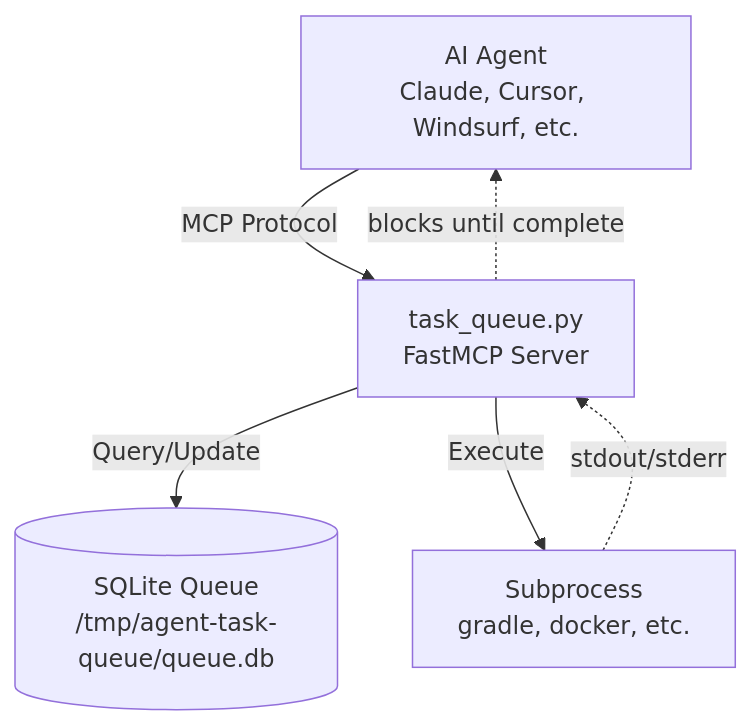
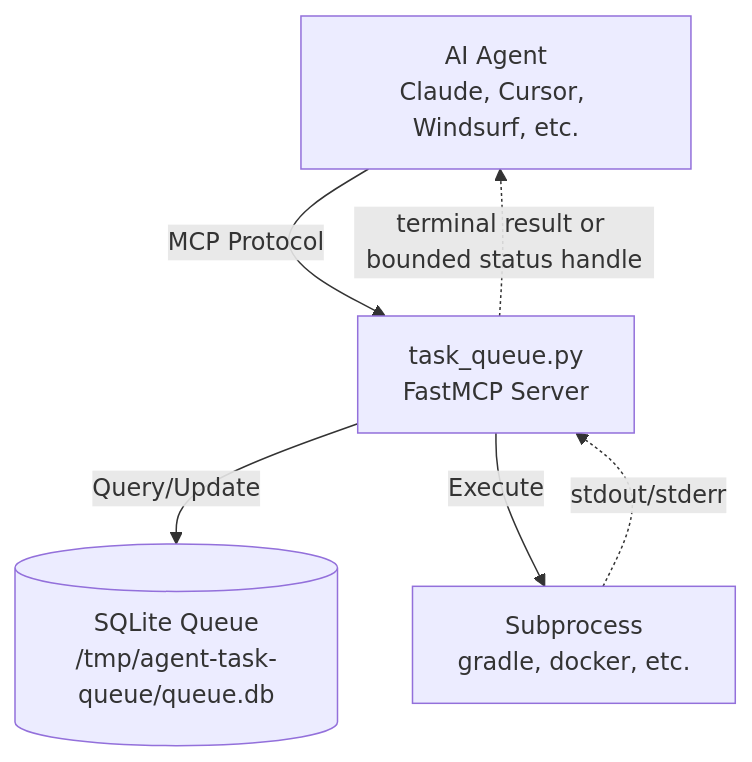
One commit to block/agent-task-queue changed the first of 2 diagrams in README.md. Above: the diagram before and after it, drawn with Mermaid. The commit also changed other lines of this file and 3 other files, not shown here.

````diff
--- a/README.md
+++ b/README.md
@@ -432,9 +477,9 @@
 ```mermaid
 flowchart TD
     A[AI Agent<br/>Claude, Cursor, Windsurf, etc.] -->|MCP Protocol| B[task_queue.py<br/>FastMCP Server]
     B -->|Query/Update| C[(SQLite Queue<br/>/tmp/agent-task-queue/queue.db)]
     B -->|Execute| D[Subprocess<br/>gradle, docker, etc.]
 
     D -.->|stdout/stderr| B
-    B -.->|blocks until complete| A
+    B -.->|terminal result or bounded status handle| A
 ```
````
